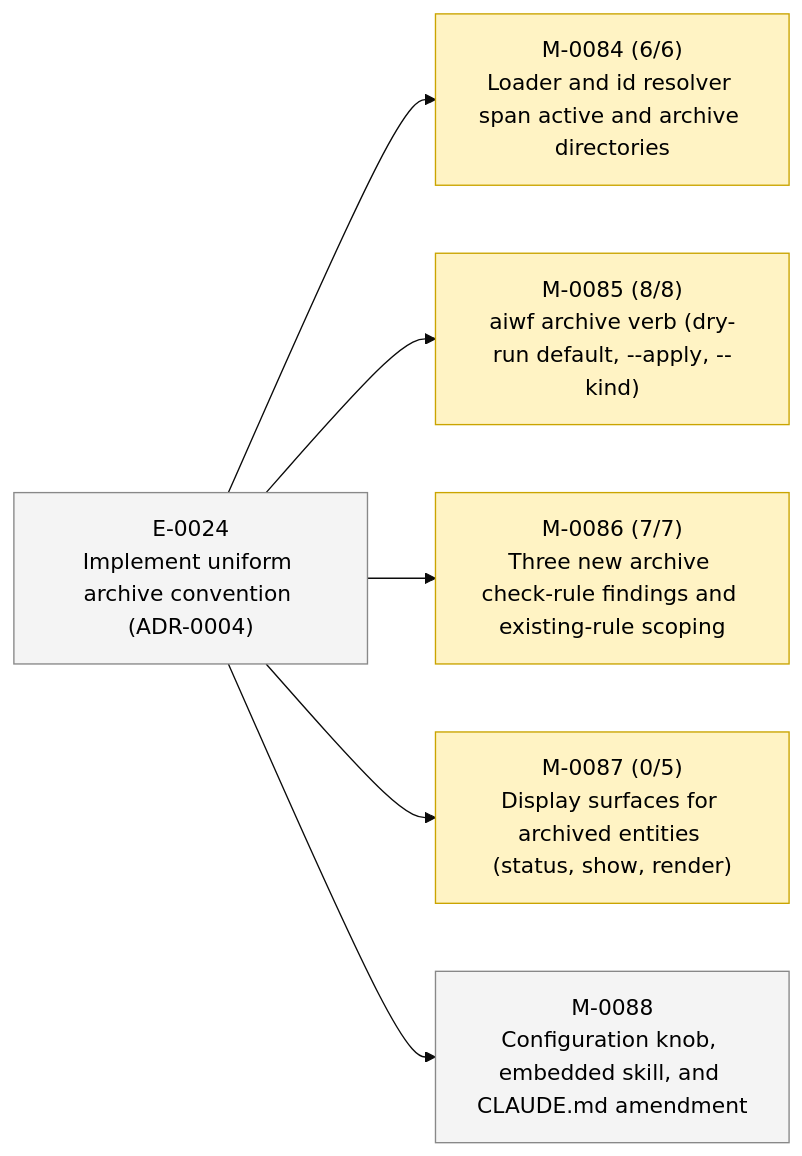
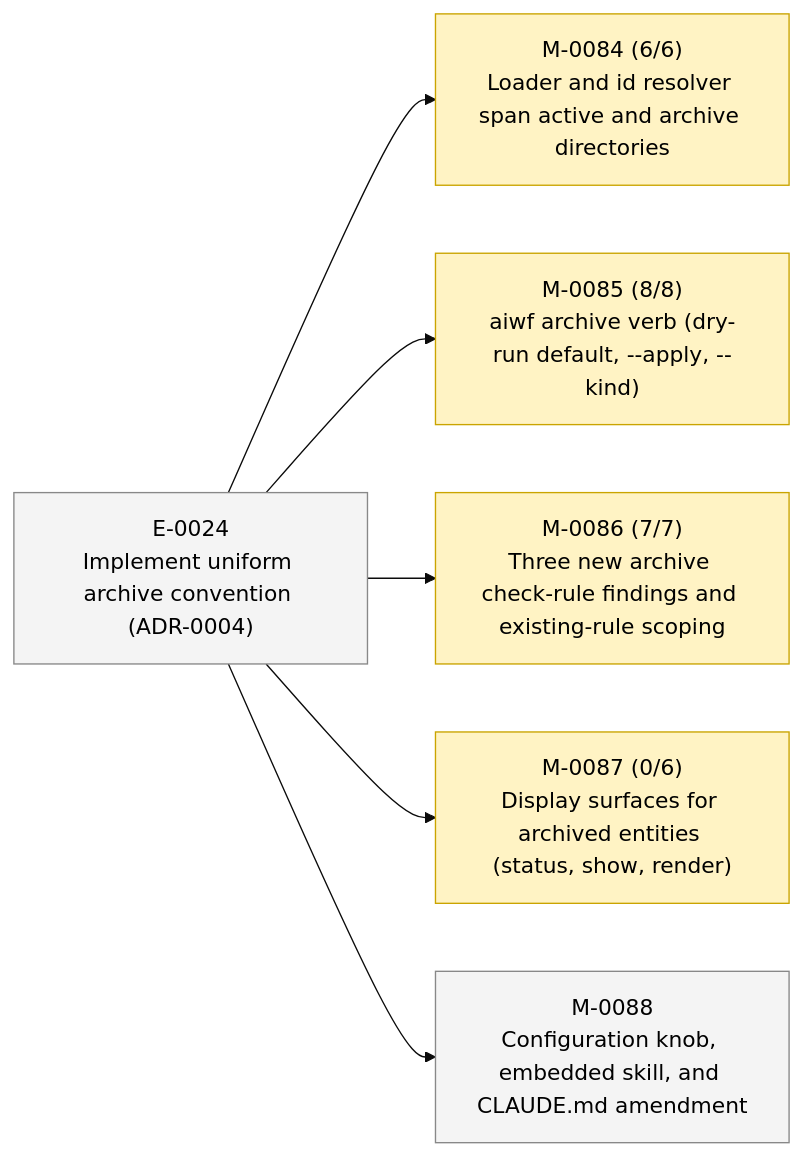
One commit to 23min/aiwf changed the second of 2 diagrams in STATUS.md. Above: the diagram before and after it, drawn with Mermaid (base theme). The commit also changed other lines of this file and 1 other file, not shown here.

First line of the commit message:
aiwf add ac M-0087/AC-6 "aiwf render index page links active-default and full-set per-kind pages"

````diff
--- a/STATUS.md
+++ b/STATUS.md
@@ -49,20 +49,20 @@
 ```mermaid
 flowchart LR
   E_0024["E-0024<br/>Implement uniform archive convention (ADR-0004)"]:::epic_proposed
   M_0084["M-0084 (6/6)<br/>Loader and id resolver span active and archive directories"]:::ms_in_progress
   E_0024 --> M_0084
   M_0085["M-0085 (8/8)<br/>aiwf archive verb (dry-run default, --apply, --kind)"]:::ms_in_progress
   E_0024 --> M_0085
   M_0086["M-0086 (7/7)<br/>Three new archive check-rule findings and existing-rule scoping"]:::ms_in_progress
   E_0024 --> M_0086
-  M_0087["M-0087 (0/5)<br/>Display surfaces for archived entities (status, show, render)"]:::ms_in_progress
+  M_0087["M-0087 (0/6)<br/>Display surfaces for archived entities (status, show, render)"]:::ms_in_progress
   E_0024 --> M_0087
   M_0088["M-0088<br/>Configuration knob, embedded skill, and CLAUDE.md amendment"]:::ms_draft
   E_0024 --> M_0088
   classDef epic_active fill:#d6eaff,stroke:#1a73e8,color:#000
   classDef epic_proposed fill:#f4f4f4,stroke:#888,color:#000
   classDef ms_done fill:#d8f5d8,stroke:#2a8a2a,color:#000
   classDef ms_in_progress fill:#fff3c4,stroke:#caa400,color:#000
   classDef ms_draft fill:#f4f4f4,stroke:#888,color:#000
   classDef ms_cancelled fill:#fbeaea,stroke:#c33,color:#000
 ```
````
